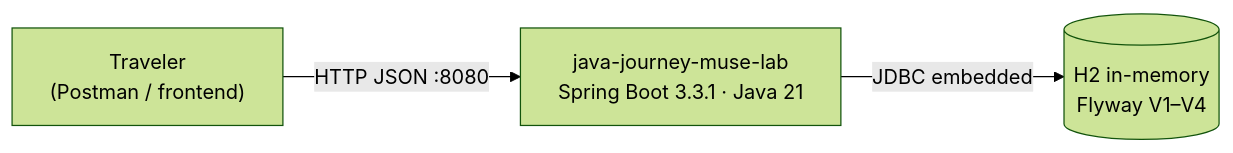
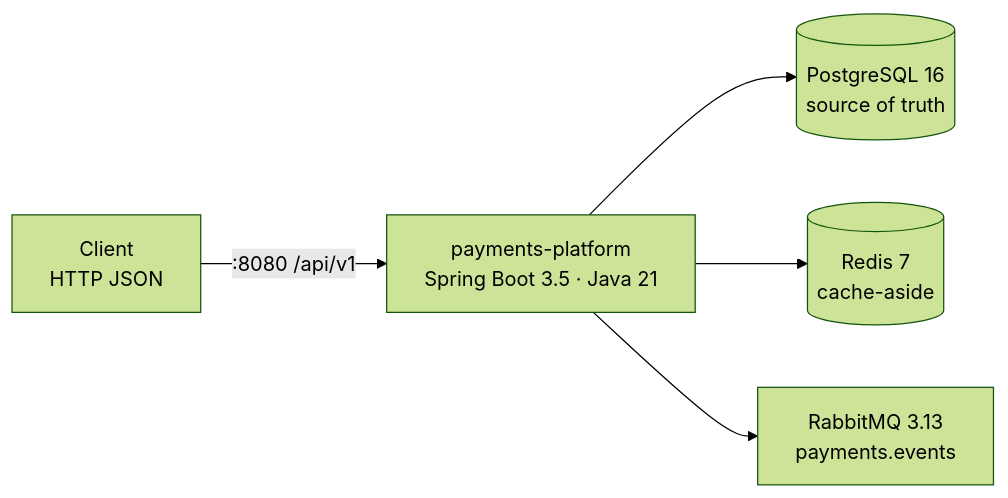
Before and after one commit to Andersonlimahw/java-clean-arch-sample: the first of 4 diagrams in docs/architecture.md, drawn with Mermaid (forest theme). The commit also changed other lines of this file and 11 other files, not shown here.

First line of the commit message:
docs: replace trip-planner architecture with payments ADRs

````diff
--- a/docs/architecture.md
+++ b/docs/architecture.md
@@ -9,5 +9,7 @@
 ```mermaid
 flowchart LR
-    U["Traveler<br/>(Postman / frontend)"] -->|HTTP JSON :8080| API["java-journey-muse-lab<br/>Spring Boot 3.3.1 · Java 21"]
-    API -->|JDBC embedded| DB[("H2 in-memory<br/>Flyway V1–V4")]
+    Client["Client<br/>HTTP JSON"] -->|":8080 /api/v1"| API["payments-platform<br/>Spring Boot 3.5 · Java 21"]
+    API --> PG[("PostgreSQL 16<br/>source of truth")]
+    API --> Redis[("Redis 7<br/>cache-aside")]
+    API --> MQ["RabbitMQ 3.13<br/>payments.events"]
 ```
````
